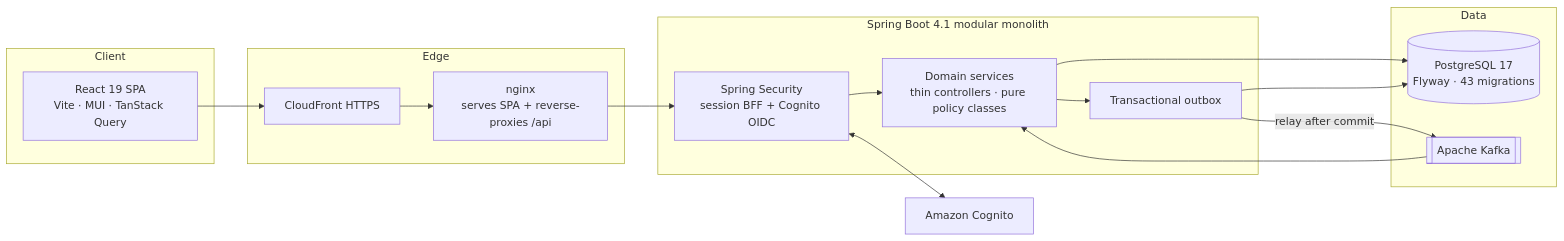
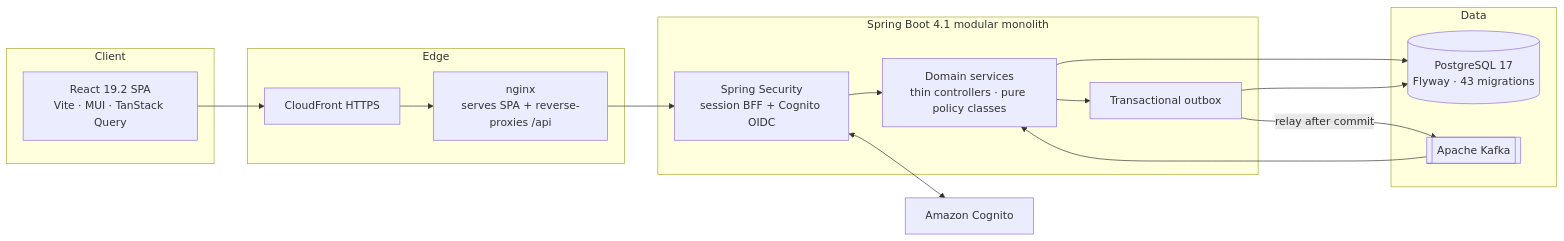
One commit to Nikhil-Oggu/healthcloud changed the second of 2 diagrams in README.md. Above: the diagram before and after it, drawn with Mermaid. The commit also changed other lines of this file, not shown here.

Commit message:
docs: fix org name in README + diagram version consistency
- Correct the seeded tenant name "NorthCare Clinic" -> "NorthCare Health"
  (matches DevDataSeeder and the AWS evidence doc)
- Bump the architecture diagram's SPA label React 19 -> 19.2 to match the
  technology table

````diff
--- a/README.md
+++ b/README.md
@@ -144,26 +144,26 @@
 ```mermaid
 flowchart LR
     subgraph Client
-      SPA[React 19 SPA<br/>Vite · MUI · TanStack Query]
+      SPA[React 19.2 SPA<br/>Vite · MUI · TanStack Query]
     end
     subgraph Edge
       CF[CloudFront HTTPS]
       NGINX[nginx<br/>serves SPA + reverse-proxies /api]
     end
     subgraph Backend[Spring Boot 4.1 modular monolith]
       SEC[Spring Security<br/>session BFF + Cognito OIDC]
       SVC[Domain services<br/>thin controllers · pure policy classes]
       OUT[Transactional outbox]
     end
     subgraph Data
       PG[(PostgreSQL 17<br/>Flyway · 43 migrations)]
       KAFKA[[Apache Kafka]]
     end
     COG[Amazon Cognito]
 
     SPA --> CF --> NGINX --> SEC --> SVC
     SEC <--> COG
     SVC --> PG
     SVC --> OUT --> PG
     OUT -- relay after commit --> KAFKA --> SVC
 ```
````
